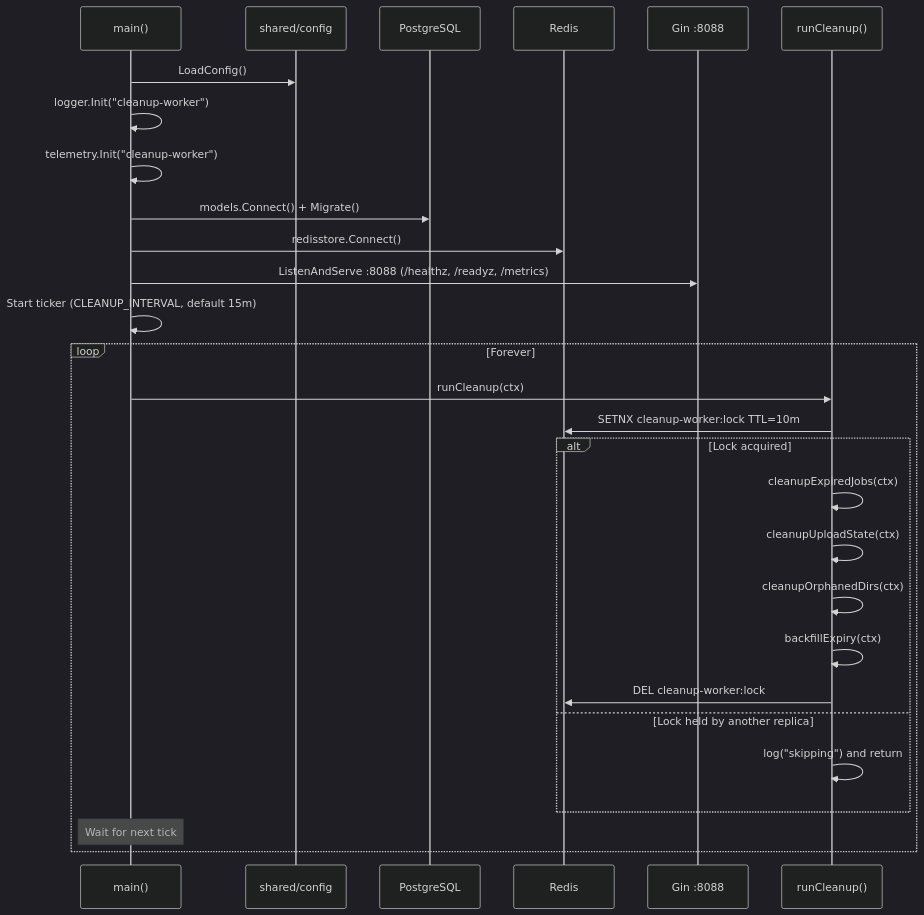
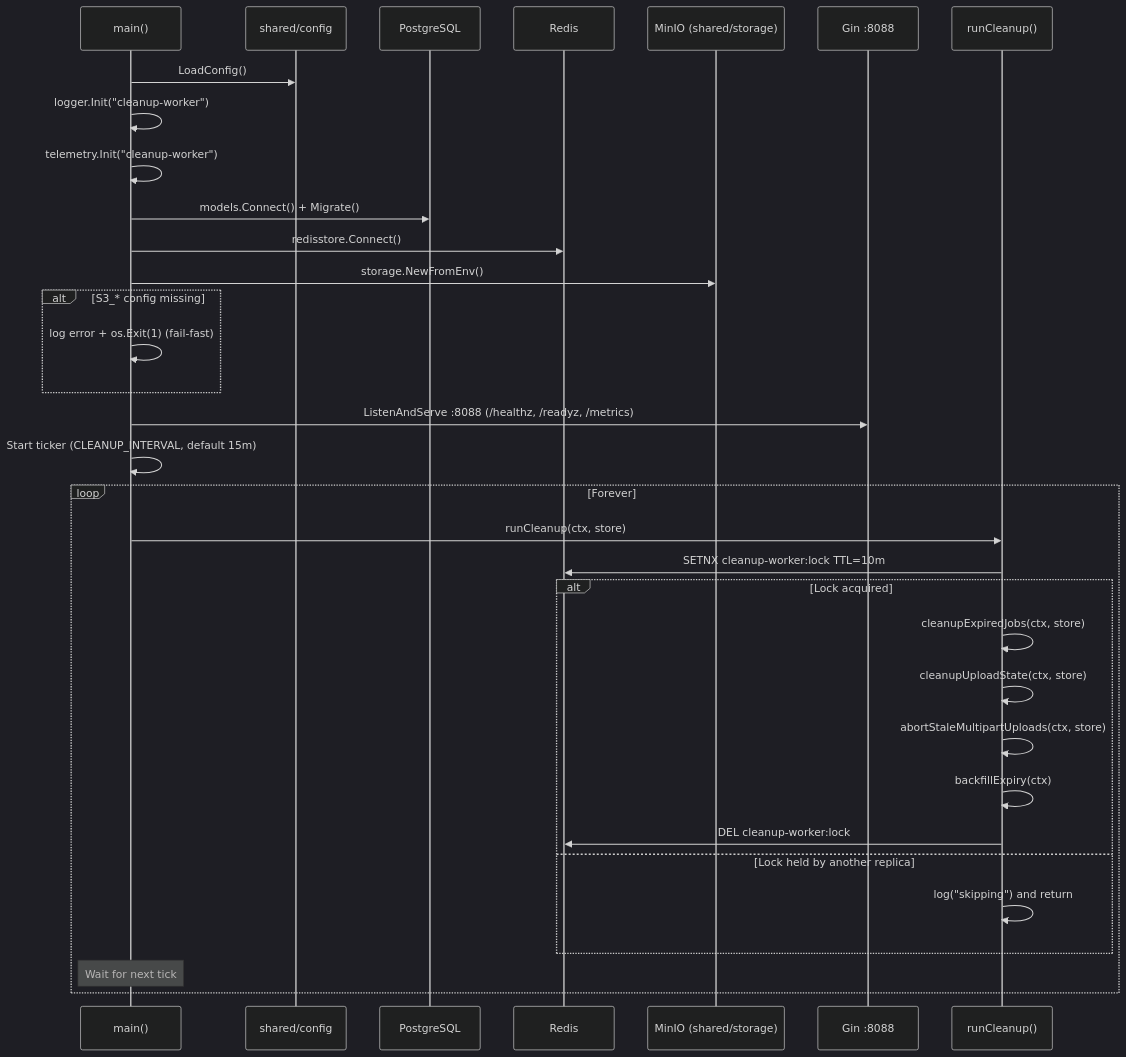
Before and after one commit to Prachidubey2003/fyredocs_backend: the first of 7 diagrams in docs/developer/mermaid/service-cleanup-worker-sequence.md, drawn with Mermaid (dark theme). The commit also changed other lines of this file and 84 other files, not shown here.

````diff
--- a/docs/developer/mermaid/service-cleanup-worker-sequence.md
+++ b/docs/developer/mermaid/service-cleanup-worker-sequence.md
@@ -7,32 +7,37 @@
 ```mermaid
 sequenceDiagram
     participant Main as main()
     participant Cfg as shared/config
     participant DB as PostgreSQL
     participant R as Redis
+    participant S3 as MinIO (shared/storage)
     participant HTTP as Gin :8088
     participant Cleanup as runCleanup()
 
     Main->>Cfg: LoadConfig()
     Main->>Main: logger.Init("cleanup-worker")
     Main->>Main: telemetry.Init("cleanup-worker")
     Main->>DB: models.Connect() + Migrate()
     Main->>R: redisstore.Connect()
+    Main->>S3: storage.NewFromEnv()
+    alt S3_* config missing
+        Main->>Main: log error + os.Exit(1) (fail-fast)
+    end
     Main->>HTTP: ListenAndServe :8088 (/healthz, /readyz, /metrics)
     Main->>Main: Start ticker (CLEANUP_INTERVAL, default 15m)
 
     loop Forever
-        Main->>Cleanup: runCleanup(ctx)
+        Main->>Cleanup: runCleanup(ctx, store)
         Cleanup->>R: SETNX cleanup-worker:lock TTL=10m
         alt Lock acquired
-            Cleanup->>Cleanup: cleanupExpiredJobs(ctx)
-            Cleanup->>Cleanup: cleanupUploadState(ctx)
-            Cleanup->>Cleanup: cleanupOrphanedDirs(ctx)
+            Cleanup->>Cleanup: cleanupExpiredJobs(ctx, store)
+            Cleanup->>Cleanup: cleanupUploadState(ctx, store)
+            Cleanup->>Cleanup: abortStaleMultipartUploads(ctx, store)
             Cleanup->>Cleanup: backfillExpiry(ctx)
             Cleanup->>R: DEL cleanup-worker:lock
         else Lock held by another replica
             Cleanup->>Cleanup: log("skipping") and return
         end
         Note over Main: Wait for next tick
     end
 ```
````
